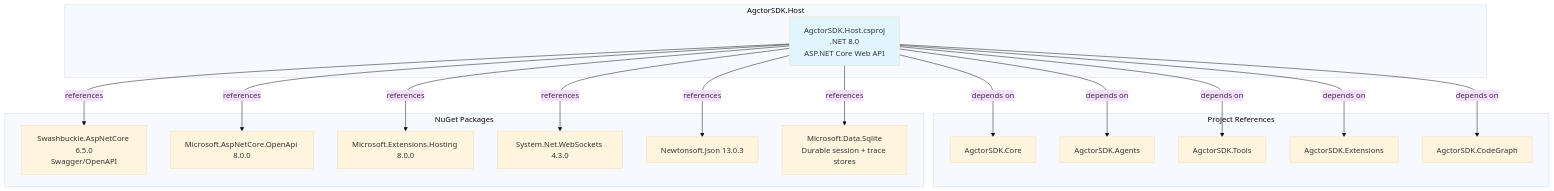
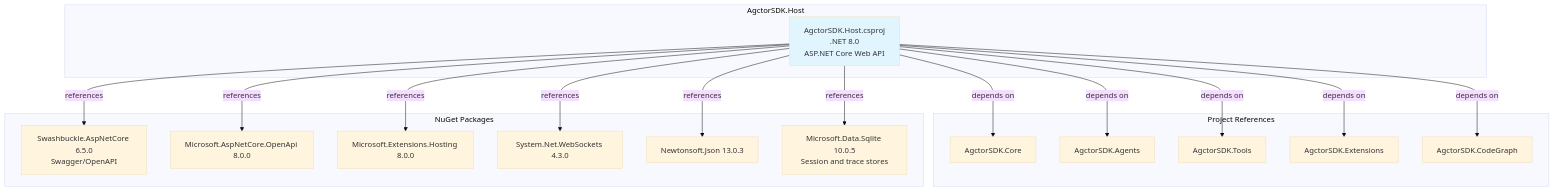
One commit to rahamohebbi/Agctor changed the diagram in AgctorSDK.Host/docs/dependencies-diagram.mmd. Above: the diagram before and after it, drawn with Mermaid (base theme). The commit also changed 84 other files, not shown here.

First line of the commit message:
Update docs and diagrams across SDK

```diff
--- a/AgctorSDK.Host/docs/dependencies-diagram.mmd
+++ b/AgctorSDK.Host/docs/dependencies-diagram.mmd
@@ -1,35 +1,35 @@
 graph TB
     subgraph "AgctorSDK.Host"
         HostProject["AgctorSDK.Host.csproj<br/>.NET 8.0<br/>ASP.NET Core Web API"]
     end
 
     subgraph "Project References"
         CoreProject["AgctorSDK.Core"]
         AgentsProject["AgctorSDK.Agents"]
         ToolsProject["AgctorSDK.Tools"]
         ExtProject["AgctorSDK.Extensions"]
         CodeGraphProject["AgctorSDK.CodeGraph"]
     end
 
     subgraph "NuGet Packages"
         Swashbuckle["Swashbuckle.AspNetCore 6.5.0<br/>Swagger/OpenAPI"]
         OpenApi["Microsoft.AspNetCore.OpenApi 8.0.0"]
         MsHosting["Microsoft.Extensions.Hosting 8.0.0"]
         WebSockets["System.Net.WebSockets 4.3.0"]
         Newtonsoft["Newtonsoft.Json 13.0.3"]
-        Sqlite["Microsoft.Data.Sqlite<br/>Durable session + trace stores"]
+        Sqlite["Microsoft.Data.Sqlite 10.0.5<br/>Session and trace stores"]
     end
 
     HostProject -->|depends on| CoreProject
     HostProject -->|depends on| AgentsProject
     HostProject -->|depends on| ToolsProject
     HostProject -->|depends on| ExtProject
     HostProject -->|depends on| CodeGraphProject
     HostProject -->|references| Swashbuckle
     HostProject -->|references| OpenApi
     HostProject -->|references| MsHosting
     HostProject -->|references| WebSockets
     HostProject -->|references| Newtonsoft
     HostProject -->|references| Sqlite
 
     style HostProject fill:#e1f5ff
```
